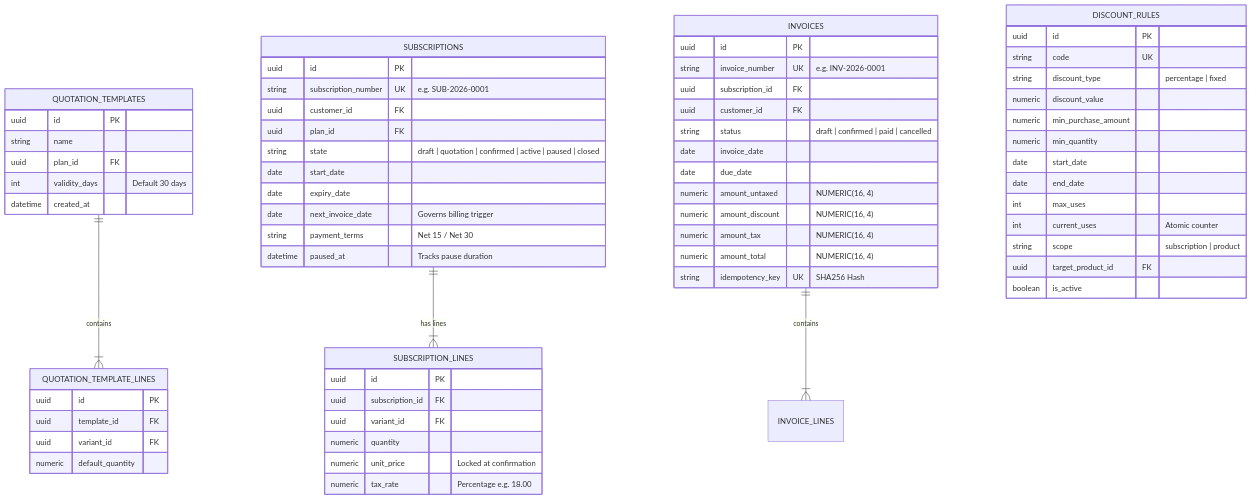
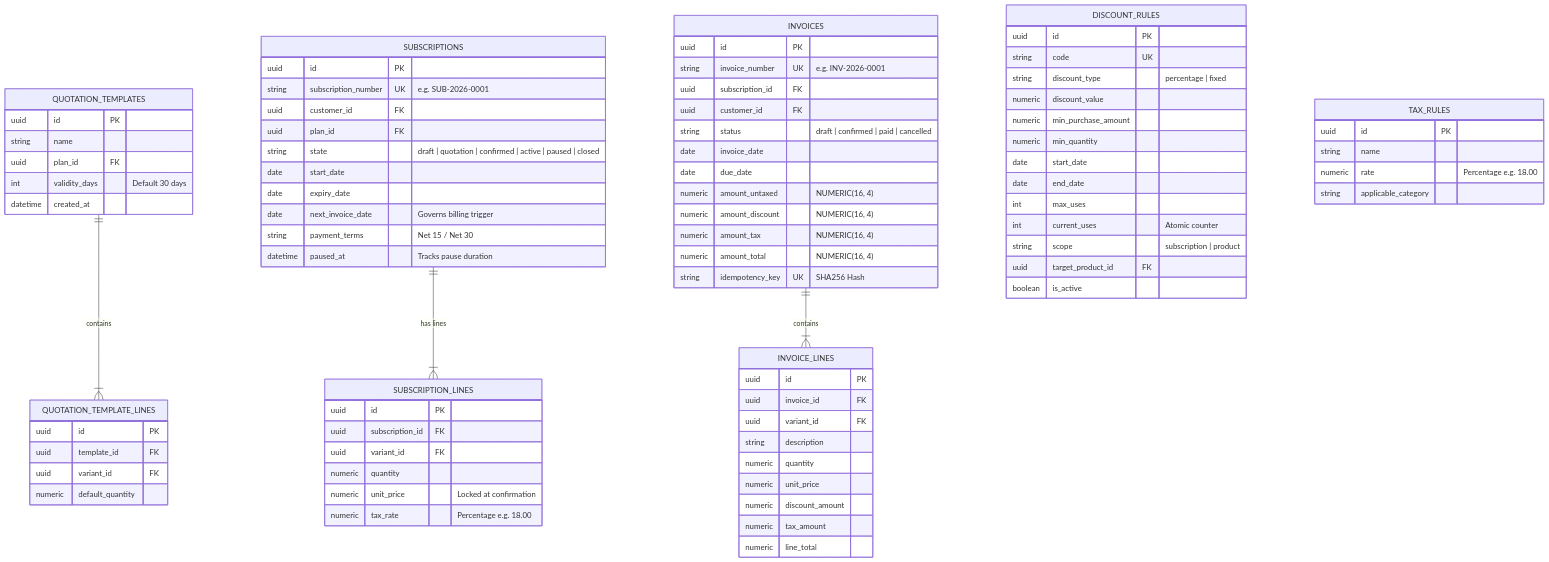
The first of 2 diagrams in PRD_PHASE_2.md (Niss54/Subscription_Management_System), drawn with Mermaid before and after one commit. The commit also changed other lines of this file and 2 other files, not shown here.

````diff
--- a/PRD_PHASE_2.md
+++ b/PRD_PHASE_2.md
@@ -96,6 +97,18 @@
         string idempotency_key UK "SHA256 Hash"
     }
 
+    INVOICE_LINES {
+        uuid id PK
+        uuid invoice_id FK
+        uuid variant_id FK
+        string description
+        numeric quantity
+        numeric unit_price
+        numeric discount_amount
+        numeric tax_amount
+        numeric line_total
+    }
+
     DISCOUNT_RULES {
         uuid id PK
         string code UK
@@ -111,4 +124,11 @@
         uuid target_product_id FK
         boolean is_active
     }
+
+    TAX_RULES {
+        uuid id PK
+        string name
+        numeric rate "Percentage e.g. 18.00"
+        string applicable_category
+    }
 ```
````
